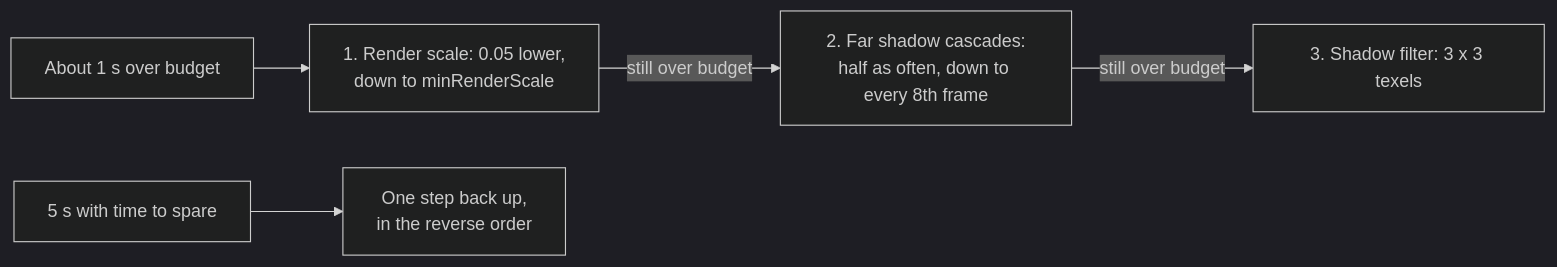
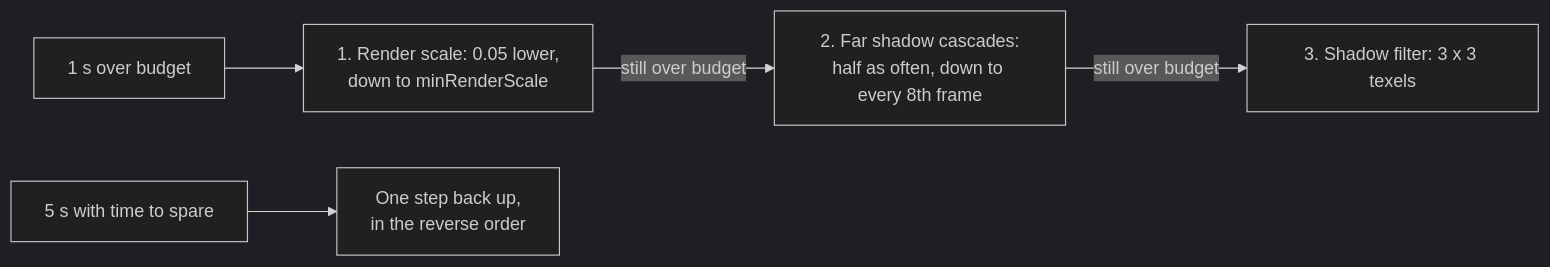
The third of 3 diagrams in docs/concepts/quality-presets.md (null3d-engine/null3d), drawn with Mermaid (dark theme) before and after one commit. The commit also changed other lines of this file and 10 other files, not shown here.

````diff
--- a/docs/concepts/quality-presets.md
+++ b/docs/concepts/quality-presets.md
@@ -256,7 +259,7 @@
 ```mermaid
 flowchart LR
-    over["About 1 s over budget"] --> scale["1. Render scale: 0.05 lower,<br/>down to minRenderScale"]
+    over["1 s over budget"] --> scale["1. Render scale: 0.05 lower,<br/>down to minRenderScale"]
     scale -- "still over budget" --> far["2. Far shadow cascades:<br/>half as often, down to every 8th frame"]
     far -- "still over budget" --> filter["3. Shadow filter: 3 x 3 texels"]
     room["5 s with time to spare"] --> back["One step back up,<br/>in the reverse order"]
 ```
````
